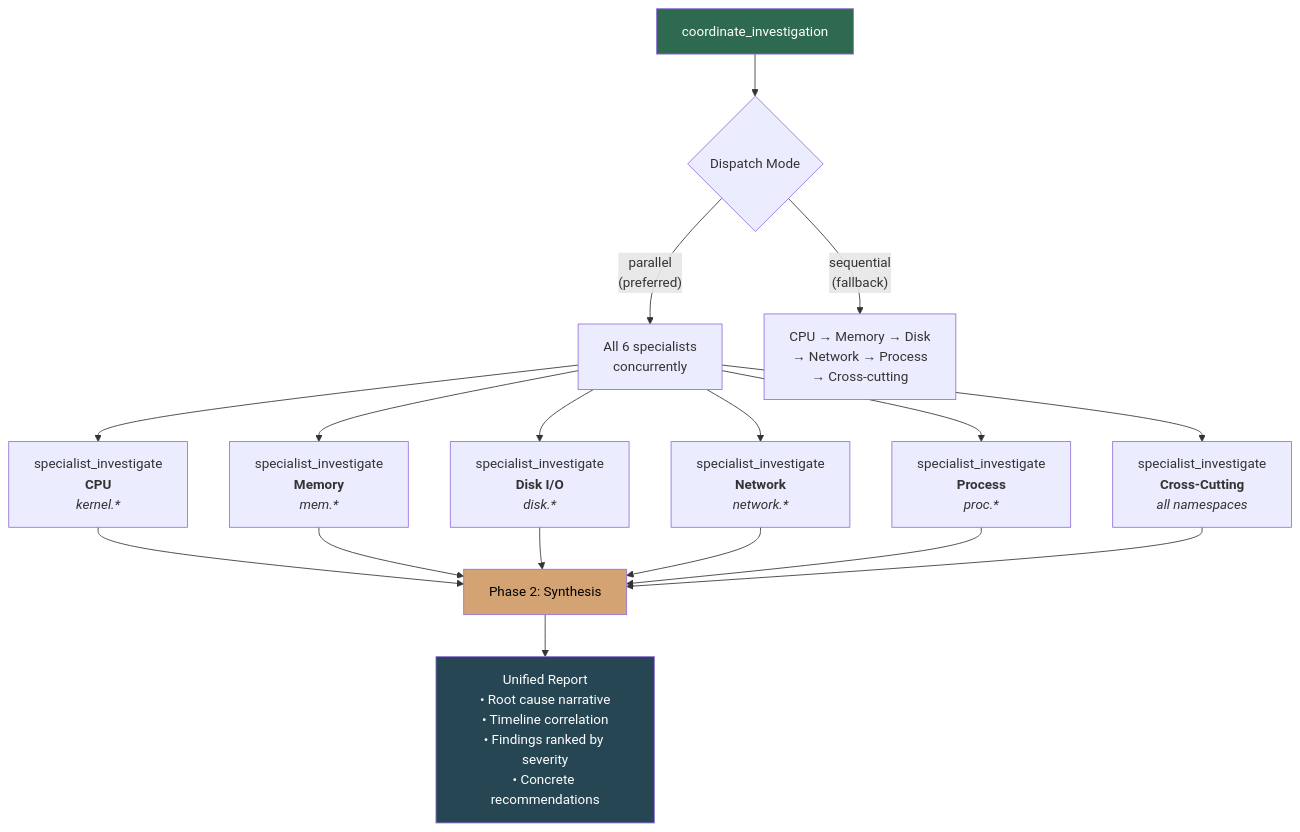
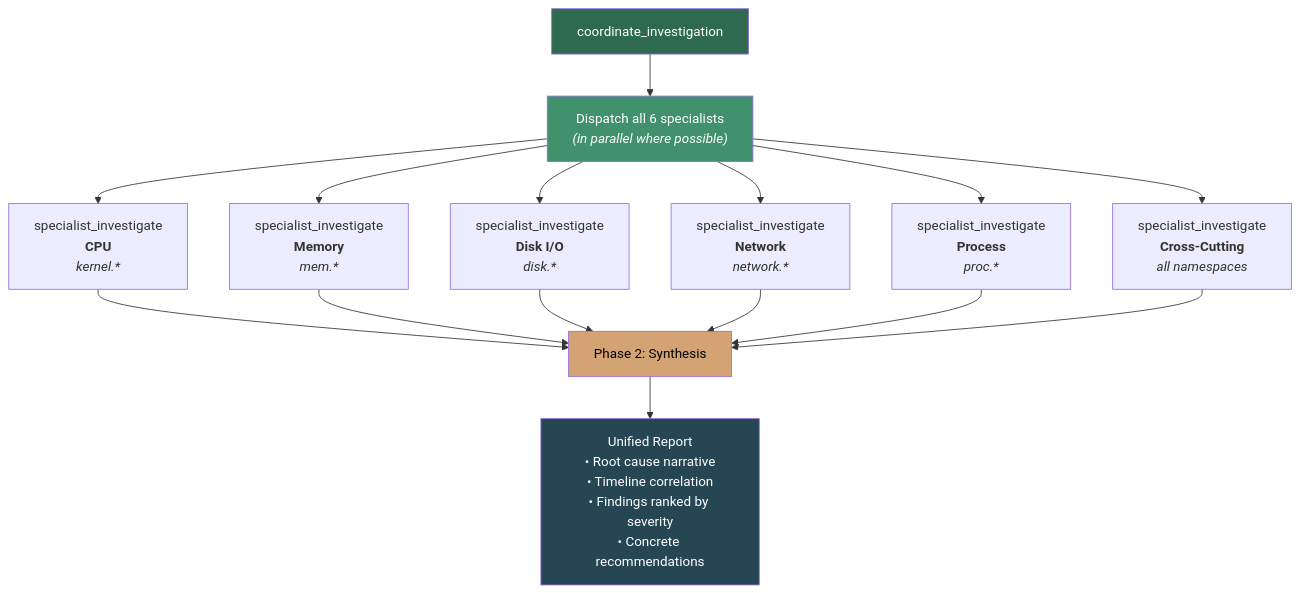
The second of 3 diagrams in docs/investigation-flow.md (tallpsmith/pmmcp), drawn with Mermaid before and after one commit. The commit also changed other lines of this file, not shown here.

First line of the commit message:
docs: apply PR review — tier segmentation, firm up parallel language, simplify diagram

````diff
--- a/docs/investigation-flow.md
+++ b/docs/investigation-flow.md
@@ -49,27 +68,25 @@
 ```mermaid
 flowchart TD
-    CI["coordinate_investigation"] --> D{"Dispatch Mode"}
-
-    D -->|"parallel\n(preferred)"| PAR["All 6 specialists\nconcurrently"]
-    D -->|"sequential\n(fallback)"| SEQ["CPU → Memory → Disk\n→ Network → Process\n→ Cross-cutting"]
+    CI["coordinate_investigation"] --> PAR["Dispatch all 6 specialists\n<i>(in parallel where possible)</i>"]
 
     PAR --> CPU["specialist_investigate\n<b>CPU</b>\n<i>kernel.*</i>"]
     PAR --> MEM["specialist_investigate\n<b>Memory</b>\n<i>mem.*</i>"]
     PAR --> DISK["specialist_investigate\n<b>Disk I/O</b>\n<i>disk.*</i>"]
     PAR --> NET["specialist_investigate\n<b>Network</b>\n<i>network.*</i>"]
     PAR --> PROC["specialist_investigate\n<b>Process</b>\n<i>proc.*</i>"]
     PAR --> CROSS["specialist_investigate\n<b>Cross-Cutting</b>\n<i>all namespaces</i>"]
 
     CPU --> SYN["Phase 2: Synthesis"]
     MEM --> SYN
     DISK --> SYN
     NET --> SYN
     PROC --> SYN
     CROSS --> SYN
 
     SYN --> OUT["Unified Report\n• Root cause narrative\n• Timeline correlation\n• Findings ranked by severity\n• Concrete recommendations"]
 
     style CI fill:#2d6a4f,color:#fff
+    style PAR fill:#40916c,color:#fff
     style SYN fill:#d4a373,color:#000
     style OUT fill:#264653,color:#fff
 ```
````
